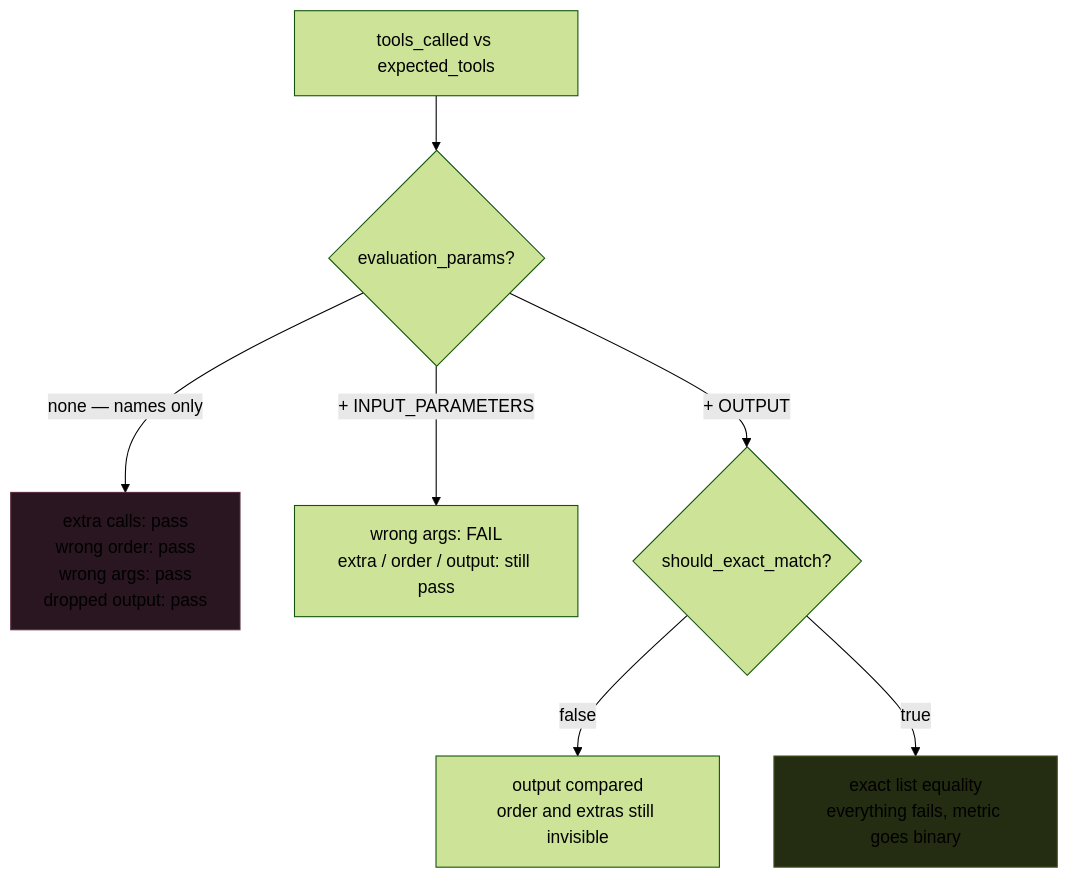
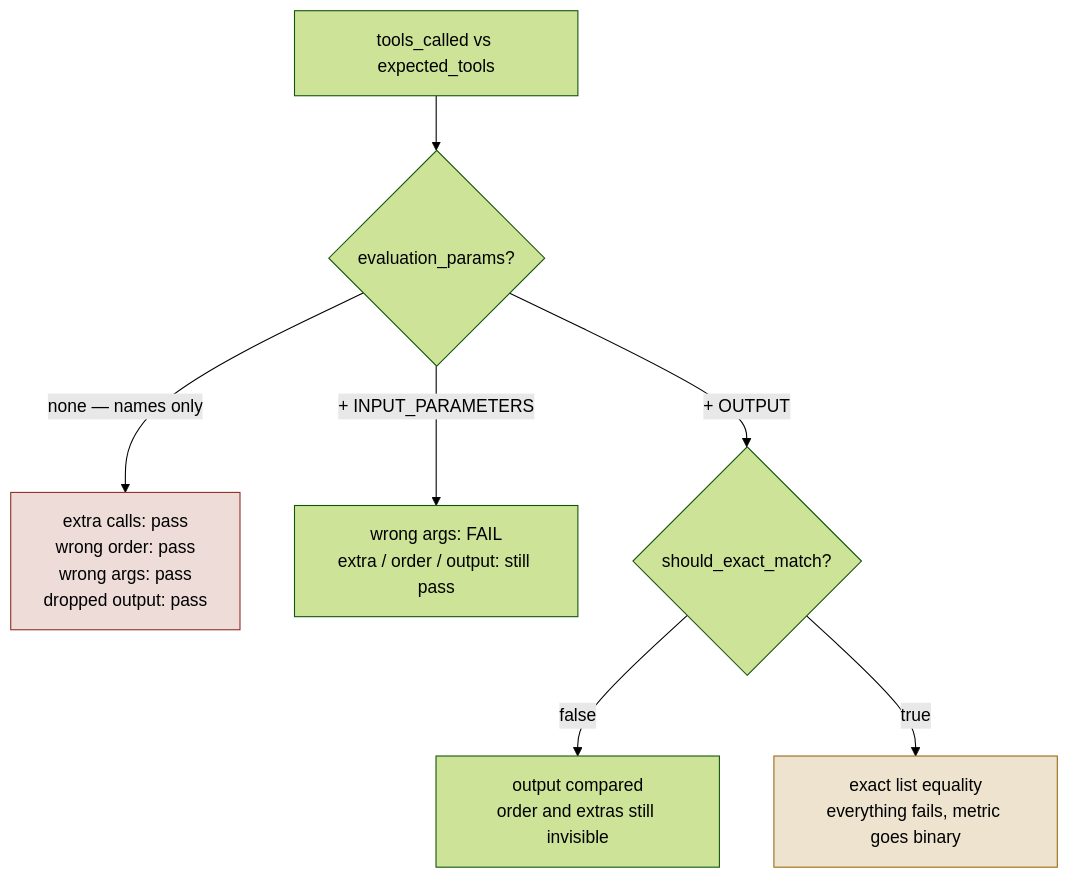
One commit to Sourav692/Agent_Evaluation_Demystified changed the fourth of 5 diagrams in docs/concepts/rag-agent-tool-evaluation.md. Above: the diagram before and after it, drawn with Mermaid (forest theme). The commit also changed other lines of this file and 17 other files, not shown here.

````diff
--- a/docs/concepts/rag-agent-tool-evaluation.md
+++ b/docs/concepts/rag-agent-tool-evaluation.md
@@ -922,12 +922,12 @@
 ```mermaid
 flowchart TD
     T["tools_called vs expected_tools"] --> A{"evaluation_params?"}
     A -->|"none — names only"| S1["extra calls: pass<br/>wrong order: pass<br/>wrong args: pass<br/>dropped output: pass"]
     A -->|"+ INPUT_PARAMETERS"| S2["wrong args: FAIL<br/>extra / order / output: still pass"]
     A -->|"+ OUTPUT"| B{"should_exact_match?"}
     B -->|false| S3["output compared<br/>order and extras still invisible"]
     B -->|true| S4["exact list equality<br/>everything fails, metric goes binary"]
 
-    style S1 fill:#2a1620,stroke:#5c2b40
-    style S4 fill:#242c12,stroke:#4b5a1f
+    style S1 fill:#EDDCD8,stroke:#8C2F22
+    style S4 fill:#EDE3CE,stroke:#9A6A12
 ```
````
